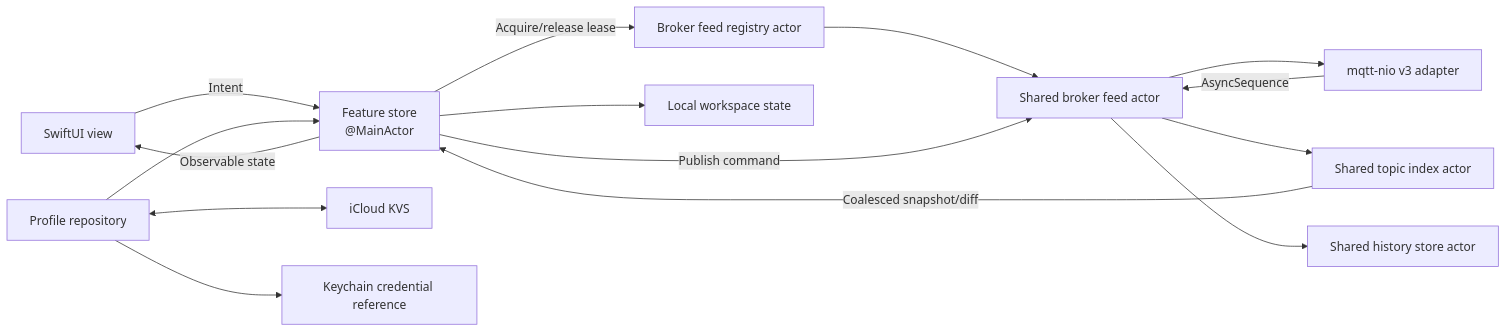
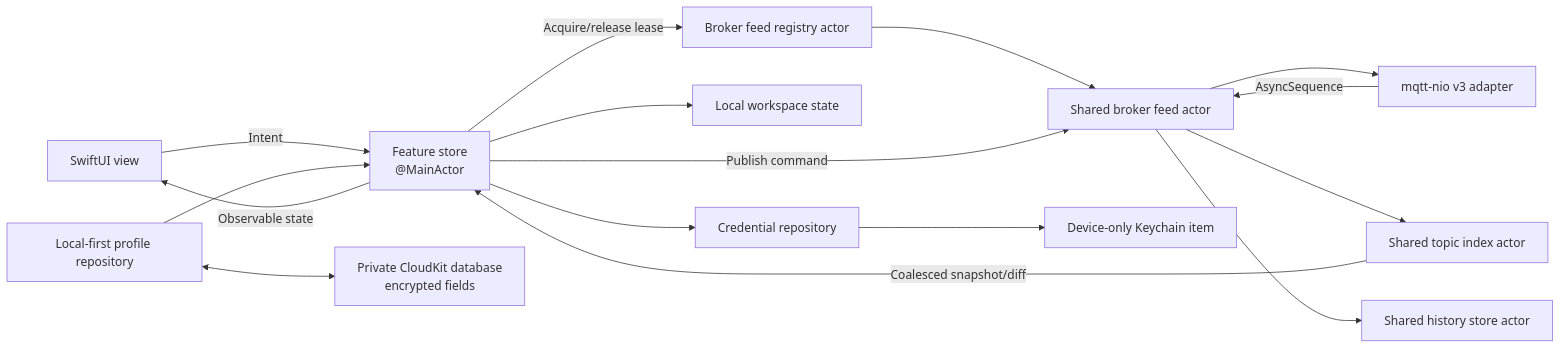
The first of 2 diagrams in AI/IMPLEMENTATION_PLAN.md (jollyjinx/JollysMQTT), drawn with Mermaid before and after one commit. The commit also changed other lines of this file and 23 other files, not shown here.

````diff
--- a/AI/IMPLEMENTATION_PLAN.md
+++ b/AI/IMPLEMENTATION_PLAN.md
@@ -154,17 +184,18 @@
 ```mermaid
 flowchart LR
     View["SwiftUI view"] -->|Intent| Store["Feature store\n@MainActor"]
     Store -->|Acquire/release lease| Registry["Broker feed registry actor"]
     Registry --> Feed["Shared broker feed actor"]
     Store -->|Publish command| Feed
     Feed --> Adapter["mqtt-nio v3 adapter"]
     Adapter -->|AsyncSequence| Feed
     Feed --> Index["Shared topic index actor"]
     Feed --> History["Shared history store actor"]
     Index -->|Coalesced snapshot/diff| Store
     Store -->|Observable state| View
     Store --> Workspace["Local workspace state"]
-    Profiles["Profile repository"] --> Store
-    Profiles <--> Cloud["iCloud KVS"]
-    Profiles --> Keychain["Keychain credential reference"]
+    Profiles["Local-first profile repository"] --> Store
+    Profiles <--> Cloud["Private CloudKit database\nencrypted fields"]
+    Credentials["Credential repository"] --> Keychain["Device-only Keychain item"]
+    Store --> Credentials
 ```
````
